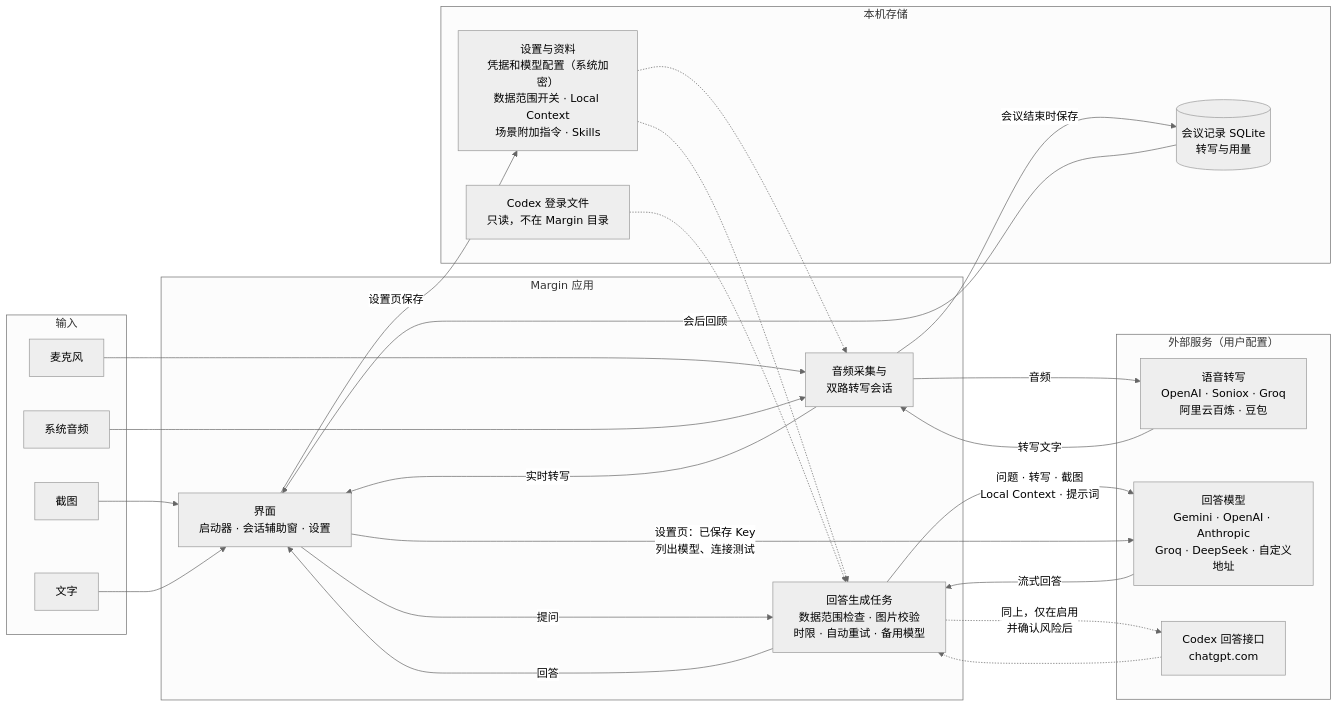
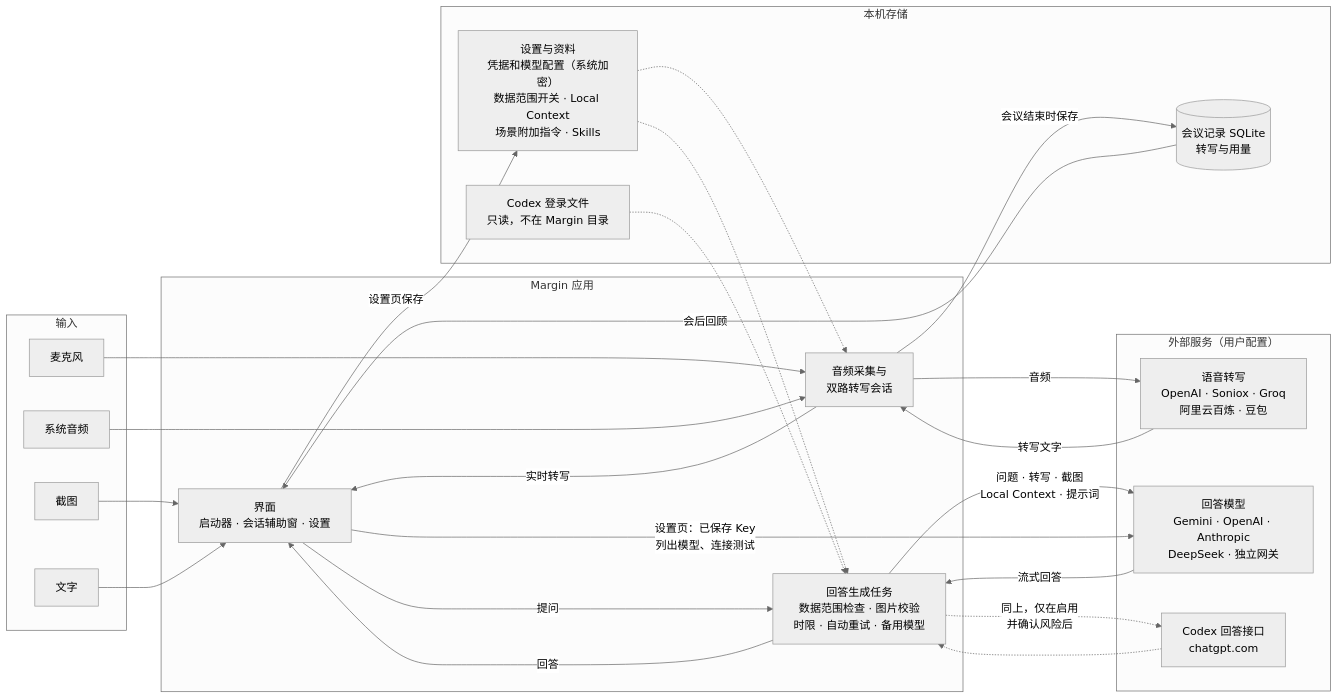
One commit to xbz123/margin changed the first of 4 diagrams in docs/product.md. Above: the diagram before and after it, drawn with Mermaid (neutral theme). The commit also changed other lines of this file and 80 other files, not shown here.

````diff
--- a/docs/product.md
+++ b/docs/product.md
@@ -25,48 +25,48 @@
 ```mermaid
 flowchart LR
   subgraph IN["输入"]
     SHOT["截图"]
     TXT["文字"]
     MIC["麦克风"]
     SYS["系统音频"]
   end
 
   subgraph APP["Margin 应用"]
     UI["界面<br/>启动器 · 会话辅助窗 · 设置"]
     CAP["音频采集与<br/>双路转写会话"]
     GEN["回答生成任务<br/>数据范围检查 · 图片校验<br/>时限 · 自动重试 · 备用模型"]
   end
 
   subgraph LOCAL["本机存储"]
     CONF["设置与资料<br/>凭据和模型配置（系统加密）<br/>数据范围开关 · Local Context<br/>场景附加指令 · Skills"]
     DB[("会议记录 SQLite<br/>转写与用量")]
     CODEXF["Codex 登录文件<br/>只读，不在 Margin 目录"]
   end
 
   subgraph EXT["外部服务（用户配置）"]
     STT["语音转写<br/>OpenAI · Soniox · Groq<br/>阿里云百炼 · 豆包"]
-    LLM["回答模型<br/>Gemini · OpenAI · Anthropic<br/>Groq · DeepSeek · 自定义地址"]
+    LLM["回答模型<br/>Gemini · OpenAI · Anthropic<br/>DeepSeek · 独立网关"]
     CODEX["Codex 回答接口<br/>chatgpt.com"]
   end
 
   SHOT --> UI
   TXT --> UI
   MIC --> CAP
   SYS --> CAP
   CAP -- "音频" --> STT
   STT -- "转写文字" --> CAP
   CAP -- "实时转写" --> UI
   UI -- "提问" --> GEN
   GEN -- "问题 · 转写 · 截图<br/>Local Context · 提示词" --> LLM
   GEN -. "同上，仅在启用<br/>并确认风险后" .-> CODEX
   LLM -- "流式回答" --> GEN
   CODEX -.-> GEN
   GEN -- "回答" --> UI
   UI -- "设置页保存" --> CONF
   CONF -.-> GEN
   CONF -.-> CAP
   CODEXF -.-> GEN
   UI -- "设置页：已保存 Key<br/>列出模型、连接测试" --> LLM
   CAP -- "会议结束时保存" --> DB
   DB -- "会后回顾" --> UI
 ```
````
